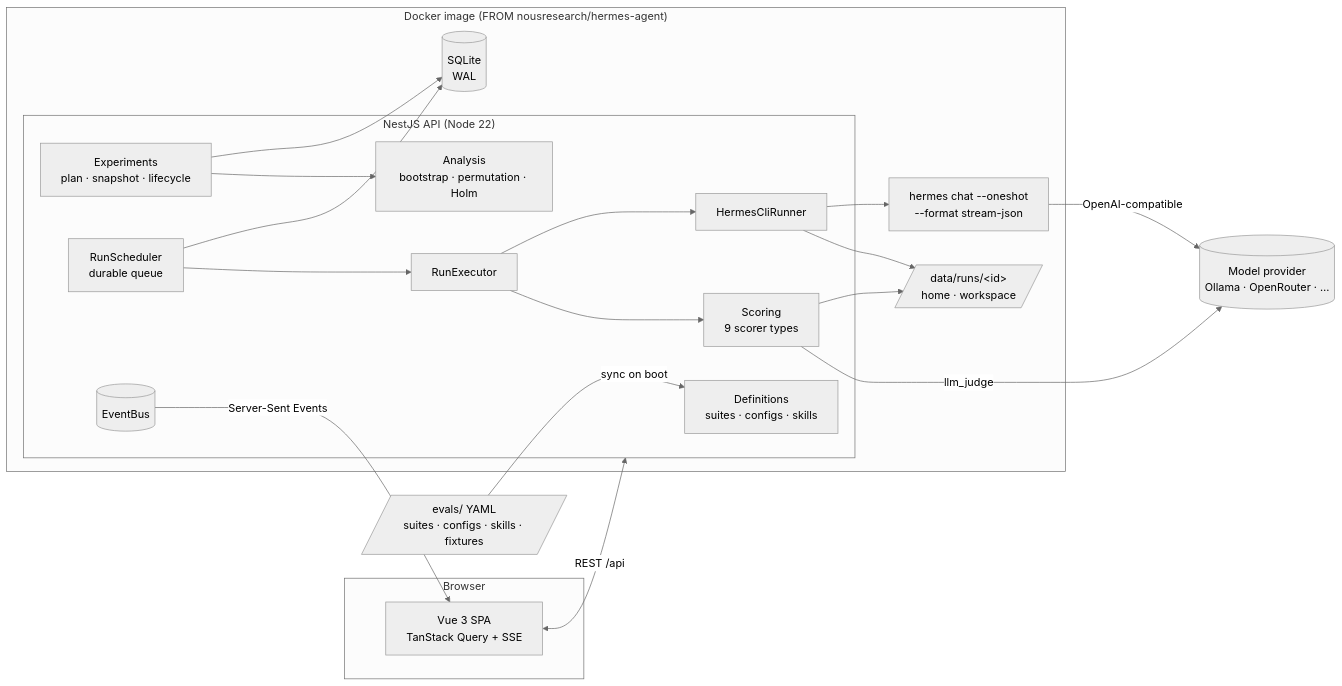
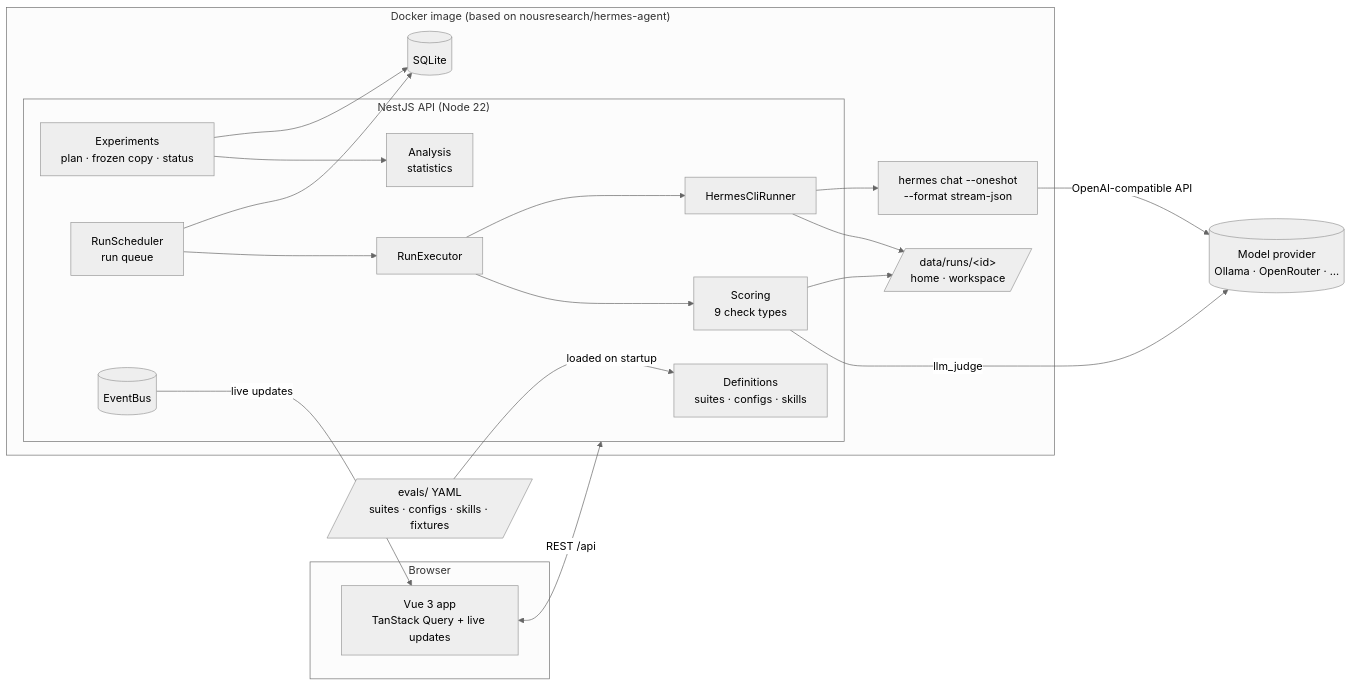
The first of 2 diagrams in docs/DESIGN.md (Anubhavjain786/agent-evals-platform), drawn with Mermaid (neutral theme) before and after one commit. The commit also changed other lines of this file and 18 other files, not shown here.

````diff
--- a/docs/DESIGN.md
+++ b/docs/DESIGN.md
@@ -42,34 +47,34 @@
 ```mermaid
 flowchart LR
   subgraph Browser
-    UI[Vue 3 SPA<br/>TanStack Query + SSE]
+    UI[Vue 3 app<br/>TanStack Query + live updates]
   end
 
-  subgraph Container["Docker image (FROM nousresearch/hermes-agent)"]
+  subgraph Container["Docker image (based on nousresearch/hermes-agent)"]
     subgraph API["NestJS API (Node 22)"]
       DEF[Definitions<br/>suites · configs · skills]
-      EXP[Experiments<br/>plan · snapshot · lifecycle]
-      SCH[RunScheduler<br/>durable queue]
+      EXP[Experiments<br/>plan · frozen copy · status]
+      SCH[RunScheduler<br/>run queue]
       EXE[RunExecutor]
       RUN[HermesCliRunner]
-      SCO[Scoring<br/>9 scorer types]
-      ANA[Analysis<br/>bootstrap · permutation · Holm]
+      SCO[Scoring<br/>9 check types]
+      ANA[Analysis<br/>statistics]
       BUS[(EventBus)]
     end
-    DB[(SQLite<br/>WAL)]
+    DB[(SQLite)]
     FS[/data/runs/&lt;id&gt;<br/>home · workspace/]
     H1[hermes chat --oneshot<br/>--format stream-json]
   end
 
-  EVALS[/evals/ YAML<br/>suites · configs · skills · fixtures/] -->|sync on boot| DEF
+  EVALS[/evals/ YAML<br/>suites · configs · skills · fixtures/] -->|loaded on startup| DEF
   UI <-->|REST /api| API
-  BUS -->|Server-Sent Events| UI
+  BUS -->|live updates| UI
   EXP --> DB
   SCH --> DB
   SCH --> EXE --> RUN --> H1
   RUN --> FS
-  H1 -->|OpenAI-compatible| LLM[(Model provider<br/>Ollama · OpenRouter · …)]
+  H1 -->|OpenAI-compatible API| LLM[(Model provider<br/>Ollama · OpenRouter · …)]
   EXE --> SCO --> FS
   SCO -->|llm_judge| LLM
   EXP --> ANA
 ```
````
